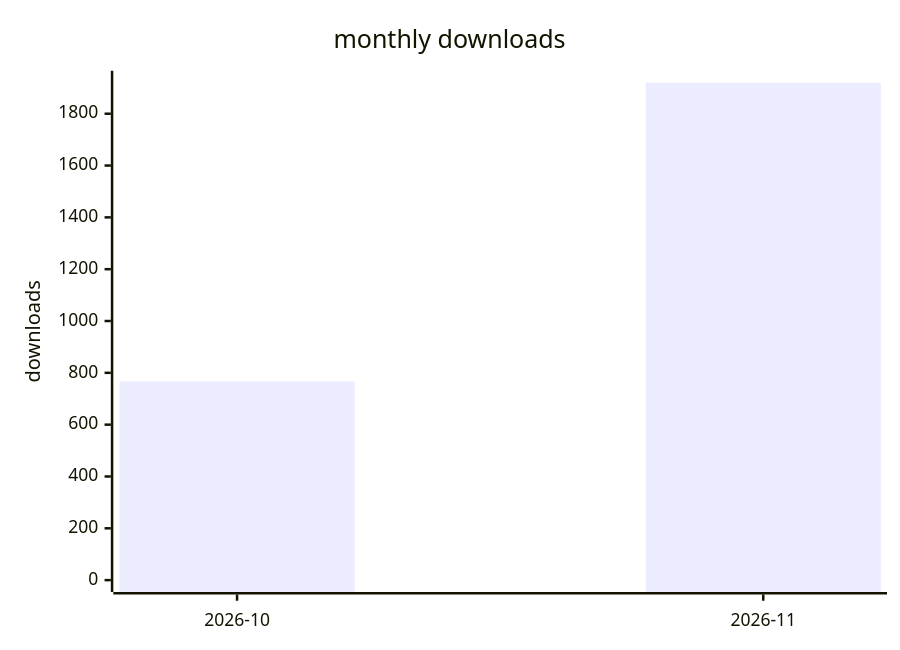
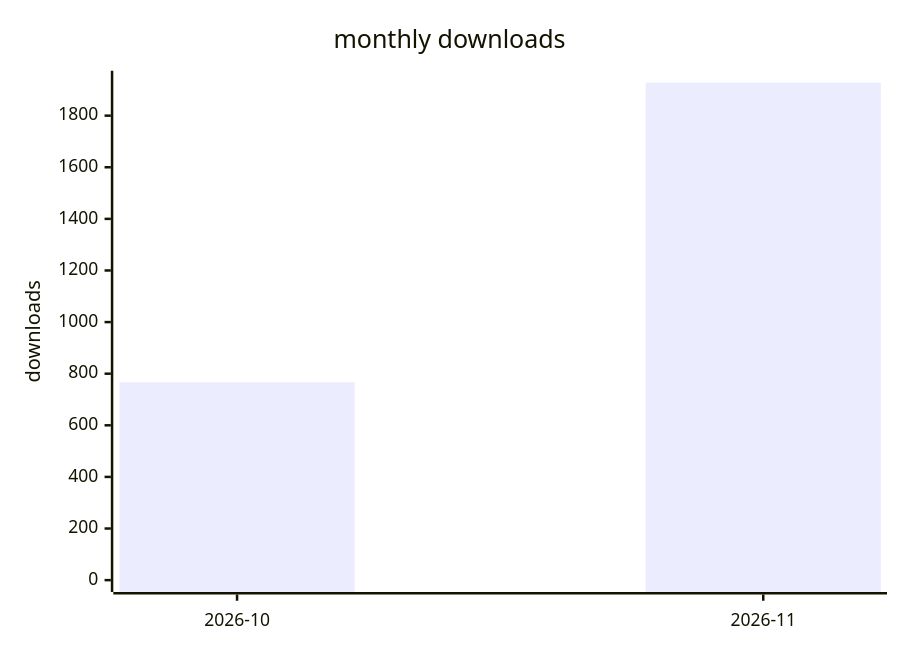
One commit to terry2010/opencode-loop-recover changed the second of 2 diagrams in docs/downloads-2026.md. Above: the diagram before and after it, drawn with Mermaid. The commit also changed other lines of this file and 1 other file, not shown here.

````diff
--- a/docs/downloads-2026.md
+++ b/docs/downloads-2026.md
@@ -29,7 +29,7 @@
 ```mermaid
 xychart-beta
     title "monthly downloads"
     x-axis ["2026-10", "2026-11"]
-    y-axis "downloads" 0 --> 1920
-    bar [767, 1920]
+    y-axis "downloads" 0 --> 1928
+    bar [767, 1928]
 ```
````
